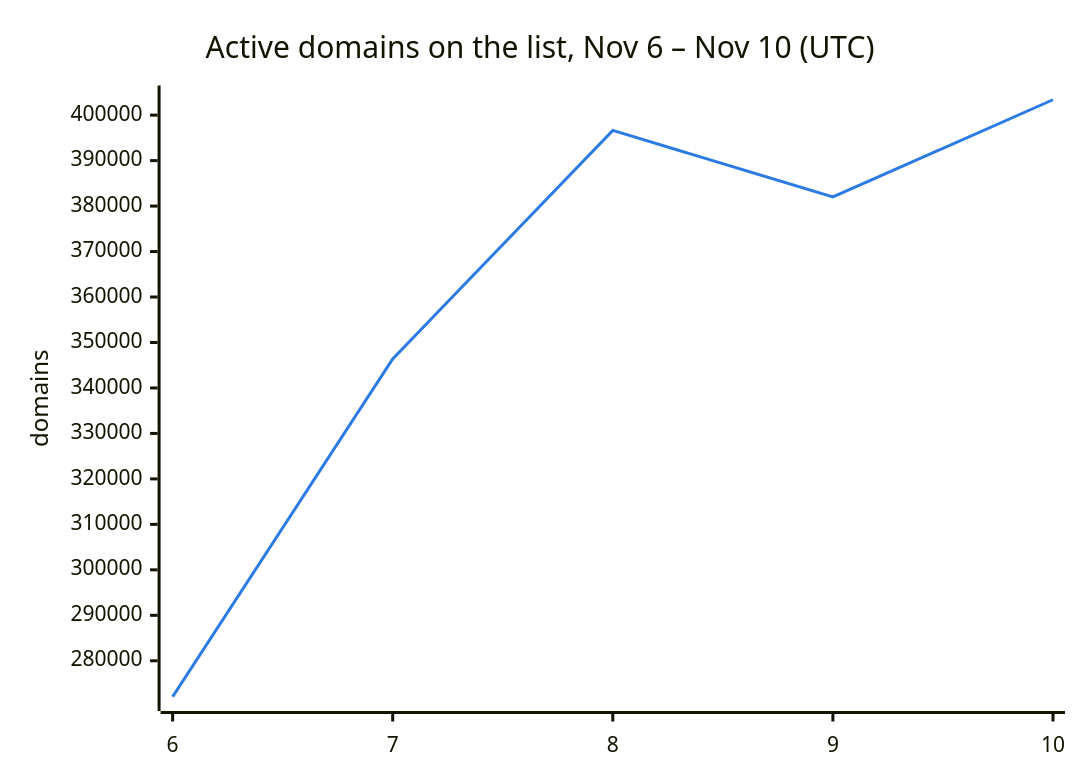
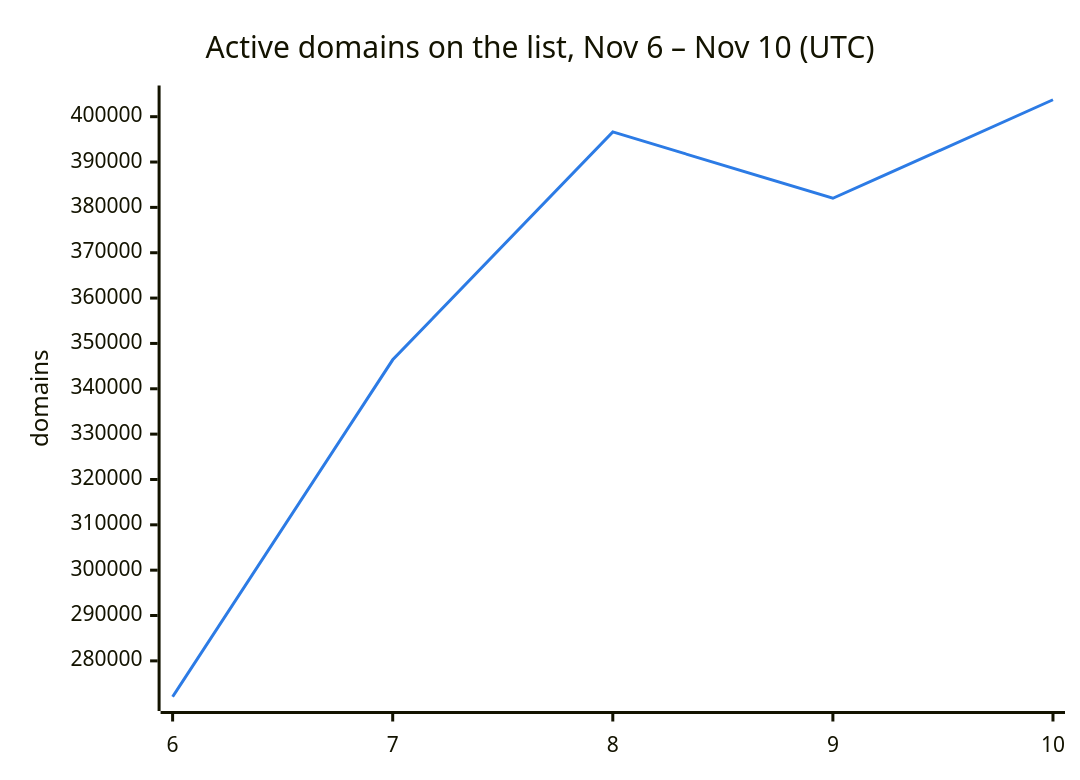
One commit to DNSBunker/CTI changed the second of 3 diagrams in README.md. Above: the diagram before and after it, drawn with Mermaid. The commit also changed other lines of this file and 3 other files, not shown here.

````diff
--- a/README.md
+++ b/README.md
@@ -38,8 +38,8 @@
 ```mermaid
 %%{init: {"themeVariables": {"xyChart": {"plotColorPalette": "#2c7be5"}}}}%%
 xychart-beta
     title "Active domains on the list, Nov 6 – Nov 10 (UTC)"
     x-axis ["6", "7", "8", "9", "10"]
     y-axis "domains"
-    line [272088, 346388, 396638, 382009, 403384]
+    line [272088, 346388, 396638, 382009, 403735]
 ```
````
